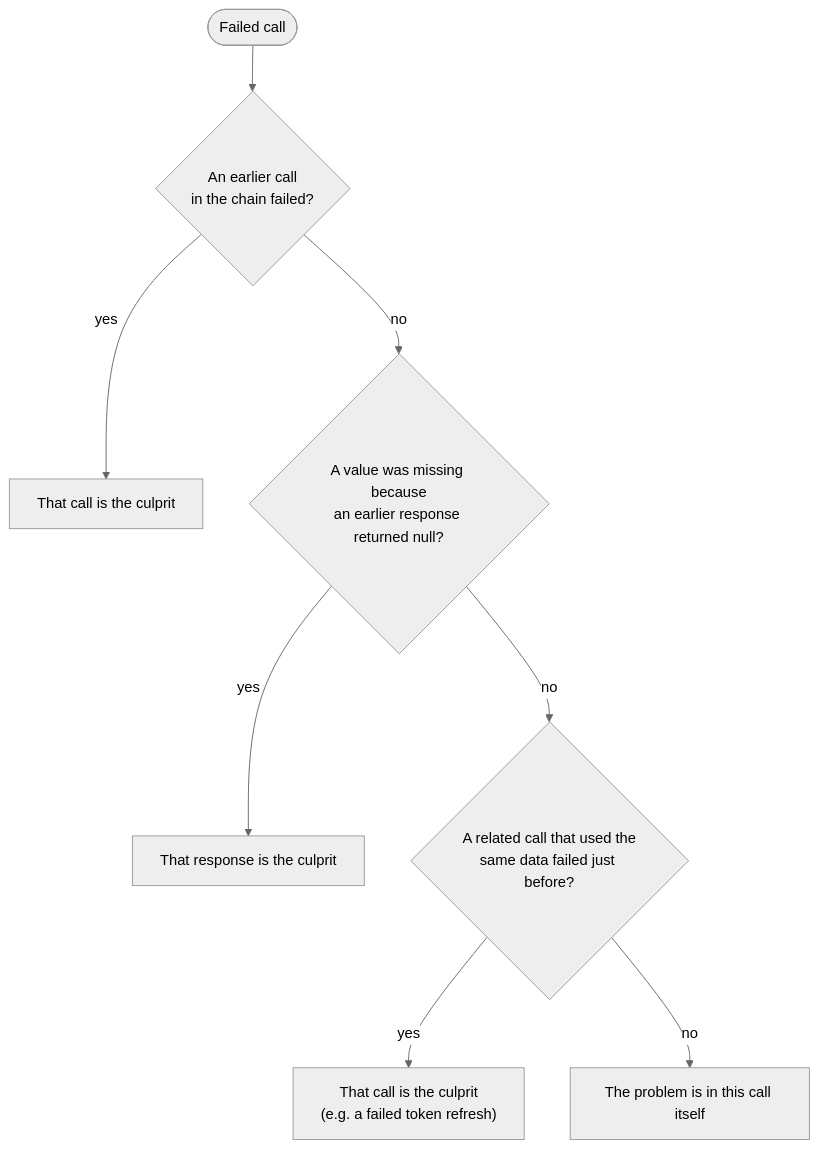
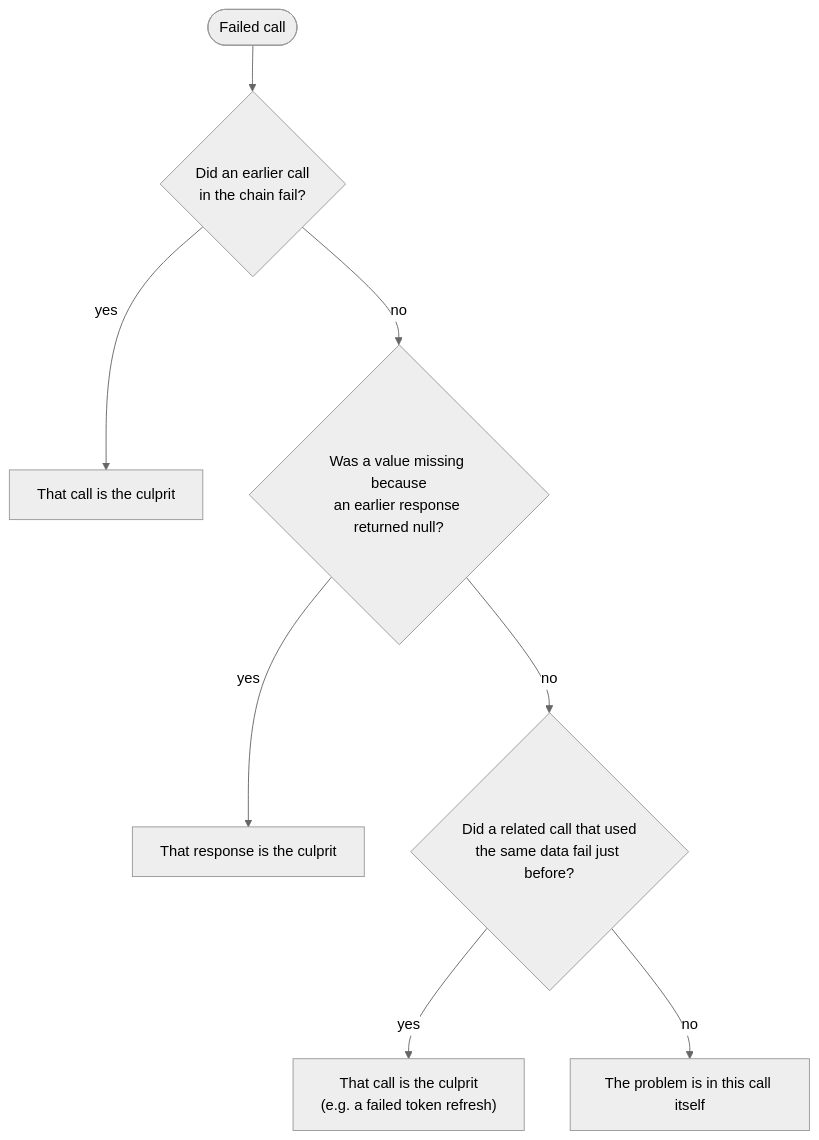
The third of 3 diagrams in docs/CASE_STUDY.md (melvin-balajadia/culprit), drawn with Mermaid (neutral theme) before and after one commit. The commit also changed other lines of this file, not shown here.

````diff
--- a/docs/CASE_STUDY.md
+++ b/docs/CASE_STUDY.md
@@ -167,10 +217,10 @@
 ```mermaid
 flowchart TD
-    S([Failed call]) --> A{An earlier call<br/>in the chain failed?}
+    S([Failed call]) --> A{Did an earlier call<br/>in the chain fail?}
     A -- yes --> C1[That call is the culprit]
-    A -- no --> B{A value was missing because<br/>an earlier response returned null?}
+    A -- no --> B{Was a value missing because<br/>an earlier response returned null?}
     B -- yes --> C2[That response is the culprit]
-    B -- no --> D{A related call that used the<br/>same data failed just before?}
+    B -- no --> D{Did a related call that used<br/>the same data fail just before?}
     D -- yes --> C3["That call is the culprit<br/>(e.g. a failed token refresh)"]
     D -- no --> N[The problem is in this call itself]
 ```
````
